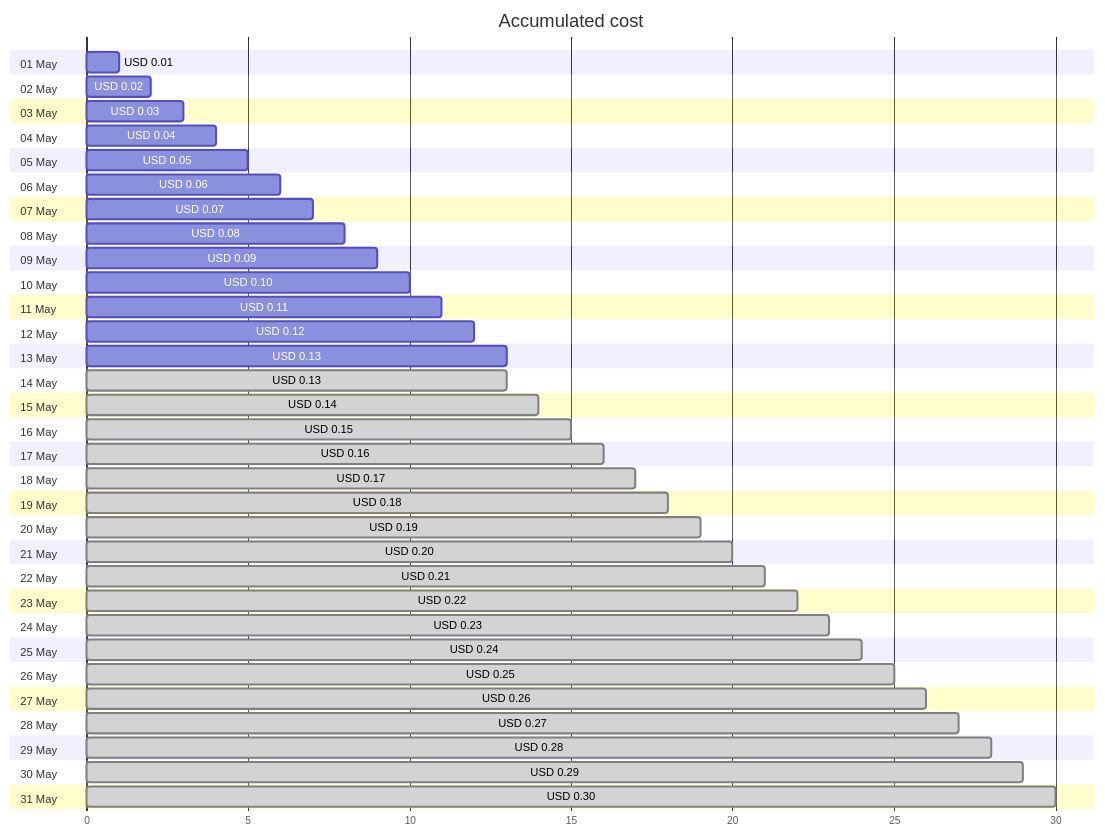
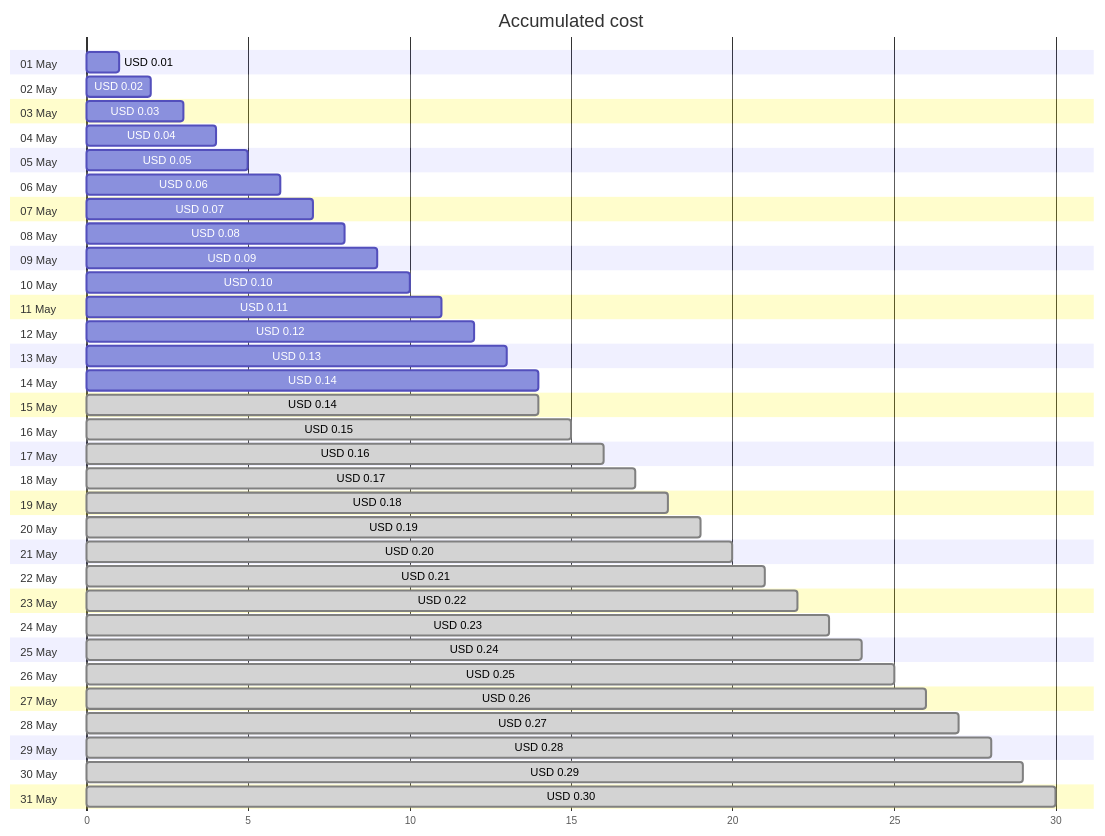
The first of 4 diagrams in cost-reports/cloud-shell-storage-eastus/README.md (jpfulton/azure-personal-reports), drawn with Mermaid before and after one commit. The commit also changed other lines of this file and 1 other file, not shown here.

````diff
--- a/cost-reports/cloud-shell-storage-eastus/README.md
+++ b/cost-reports/cloud-shell-storage-eastus/README.md
@@ -20,68 +20,68 @@
 ```mermaid
 gantt
    title Accumulated cost
    dateFormat  X
    axisFormat %s
    section 01 May
    USD 0.01 :0, 1
    section 02 May
    USD 0.02 :0, 2
    section 03 May
    USD 0.03 :0, 3
    section 04 May
    USD 0.04 :0, 4
    section 05 May
    USD 0.05 :0, 5
    section 06 May
    USD 0.06 :0, 6
    section 07 May
    USD 0.07 :0, 7
    section 08 May
    USD 0.08 :0, 8
    section 09 May
    USD 0.09 :0, 9
    section 10 May
    USD 0.10 :0, 10
    section 11 May
    USD 0.11 :0, 11
    section 12 May
    USD 0.12 :0, 12
    section 13 May
    USD 0.13 :0, 13
    section 14 May
-   USD 0.13 : done, 0, 13
+   USD 0.14 :0, 14
    section 15 May
    USD 0.14 : done, 0, 14
    section 16 May
    USD 0.15 : done, 0, 15
    section 17 May
    USD 0.16 : done, 0, 16
    section 18 May
    USD 0.17 : done, 0, 17
    section 19 May
    USD 0.18 : done, 0, 18
    section 20 May
    USD 0.19 : done, 0, 19
    section 21 May
    USD 0.20 : done, 0, 20
    section 22 May
    USD 0.21 : done, 0, 21
    section 23 May
    USD 0.22 : done, 0, 22
    section 24 May
    USD 0.23 : done, 0, 23
    section 25 May
    USD 0.24 : done, 0, 24
    section 26 May
    USD 0.25 : done, 0, 25
    section 27 May
    USD 0.26 : done, 0, 26
    section 28 May
    USD 0.27 : done, 0, 27
    section 29 May
    USD 0.28 : done, 0, 28
    section 30 May
    USD 0.29 : done, 0, 29
    section 31 May
    USD 0.30 : done, 0, 30
 ```
````
